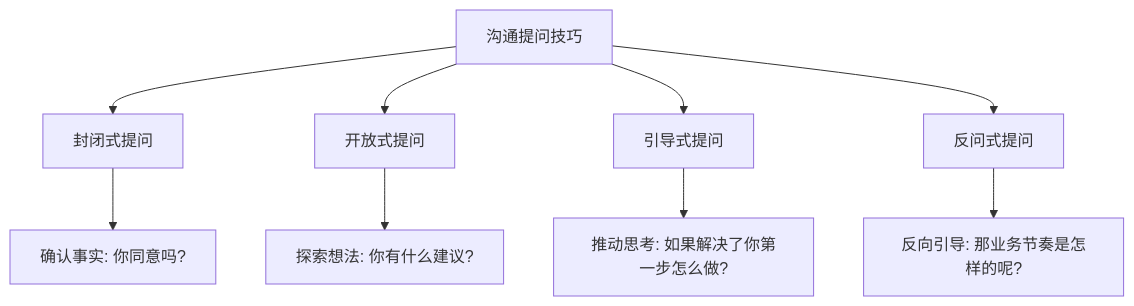
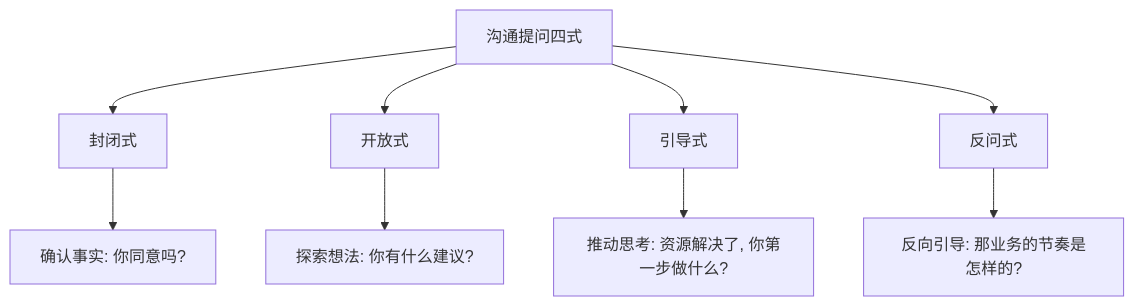
Before and after one commit to chongyang211/YCBookBlog: the eighth of 14 diagrams in packages/website/13.书籍/06.自我精进·立言/02.沟通实战/02.沟通能力的演进.md, drawn with Mermaid. The commit also changed other lines of this file, not shown here.

````diff
--- a/packages/website/13.书籍/06.自我精进·立言/02.沟通实战/02.沟通能力的演进.md
+++ b/packages/website/13.书籍/06.自我精进·立言/02.沟通实战/02.沟通能力的演进.md
@@ -241,11 +246,11 @@
 ```mermaid
 graph TD
-    A[沟通提问技巧] --> B[封闭式提问]
-    A --> C[开放式提问]
-    A --> D[引导式提问]
-    A --> E[反问式提问]
+    A[沟通提问四式] --> B[封闭式]
+    A --> C[开放式]
+    A --> D[引导式]
+    A --> E[反问式]
     B --> B1[确认事实: 你同意吗?]
     C --> C1[探索想法: 你有什么建议?]
-    D --> D1[推动思考: 如果解决了你第一步怎么做?]
-    E --> E1[反向引导: 那业务节奏是怎样的呢?]
+    D --> D1[推动思考: 资源解决了, 你第一步做什么?]
+    E --> E1[反向引导: 那业务的节奏是怎样的?]
 ```
````
